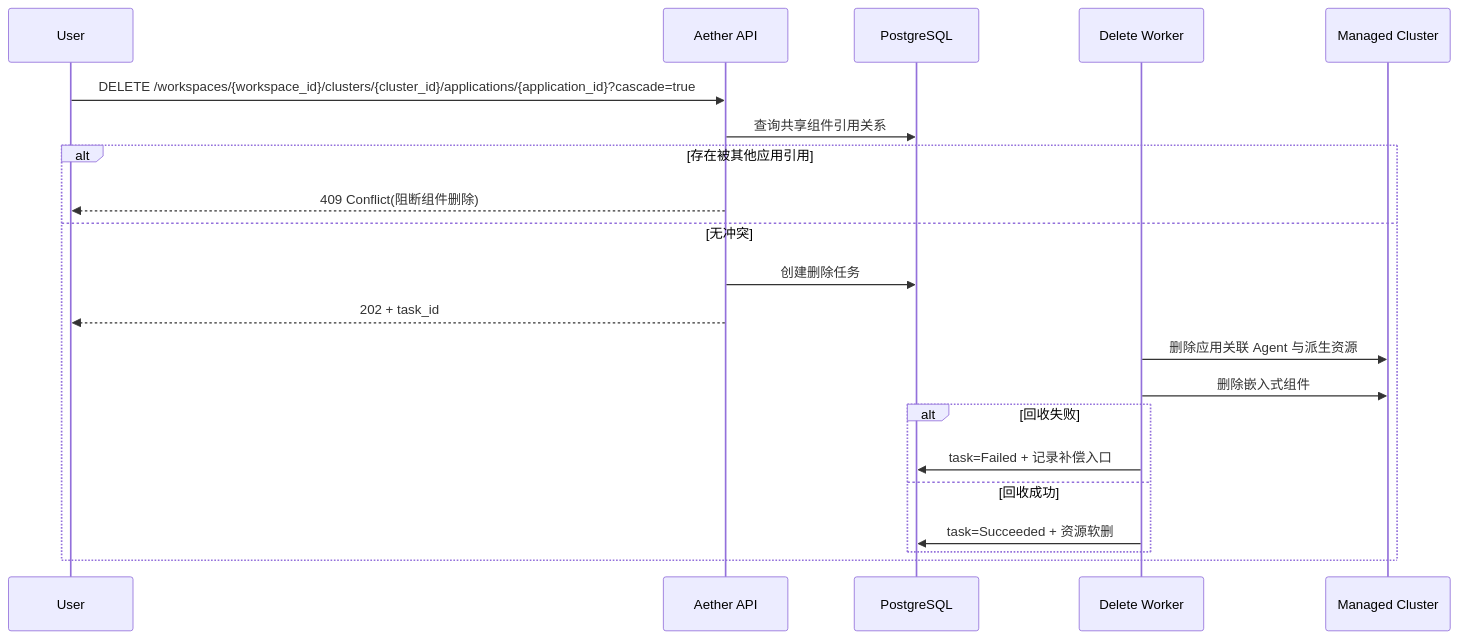
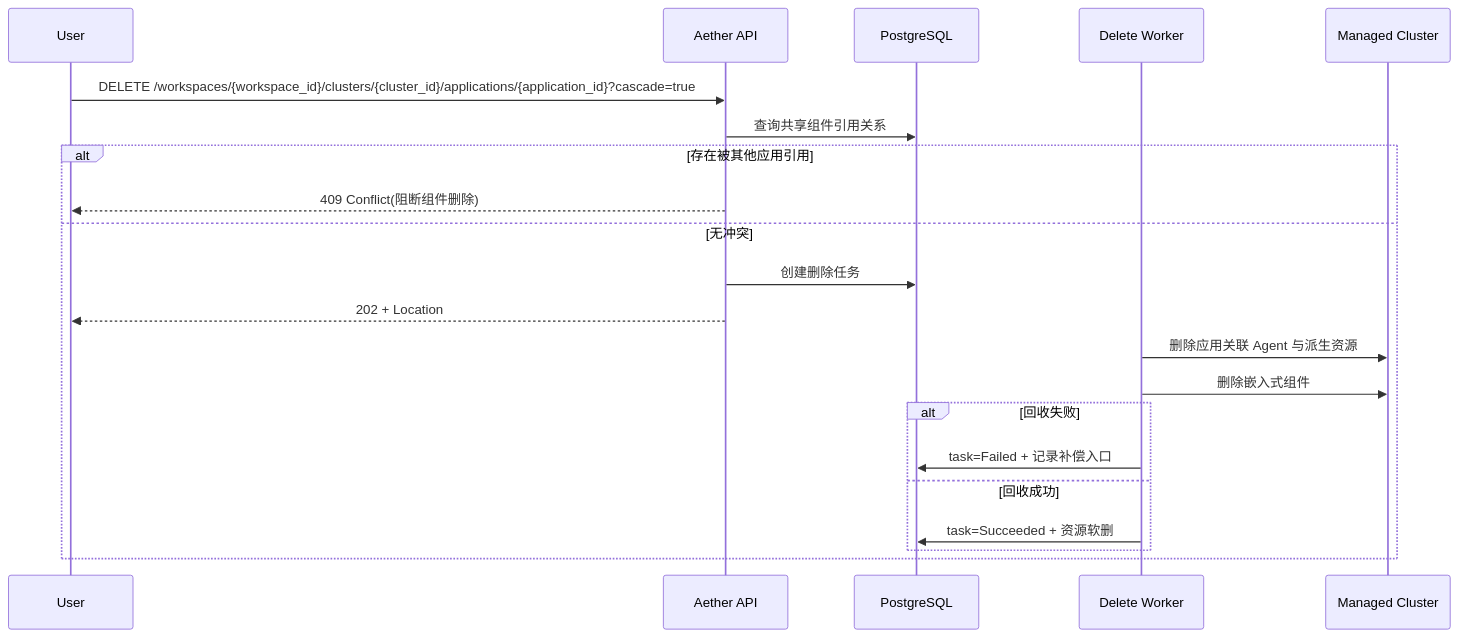
One commit to sentanl869/aether changed the sixth of 25 diagrams in docs/design.md. Above: the diagram before and after it, drawn with Mermaid. The commit also changed other lines of this file and 2 other files, not shown here.

Commit message:
UPDATE]Complete T25 async-contract convergence (task internalization and hook extensibility) across design, decision, and task tracking docs

````diff
--- a/docs/design.md
+++ b/docs/design.md
@@ -472,24 +473,24 @@
 ```mermaid
 sequenceDiagram
   participant User as User
   participant API as Aether API
   participant DB as PostgreSQL
   participant W as Delete Worker
   participant K8S as Managed Cluster
 
   User->>API: DELETE /workspaces/{workspace_id}/clusters/{cluster_id}/applications/{application_id}?cascade=true
   API->>DB: 查询共享组件引用关系
   alt 存在被其他应用引用
     API-->>User: 409 Conflict(阻断组件删除)
   else 无冲突
     API->>DB: 创建删除任务
-    API-->>User: 202 + task_id
+    API-->>User: 202 + Location
     W->>K8S: 删除应用关联 Agent 与派生资源
     W->>K8S: 删除嵌入式组件
     alt 回收失败
       W->>DB: task=Failed + 记录补偿入口
     else 回收成功
       W->>DB: task=Succeeded + 资源软删
     end
   end
 ```
````
